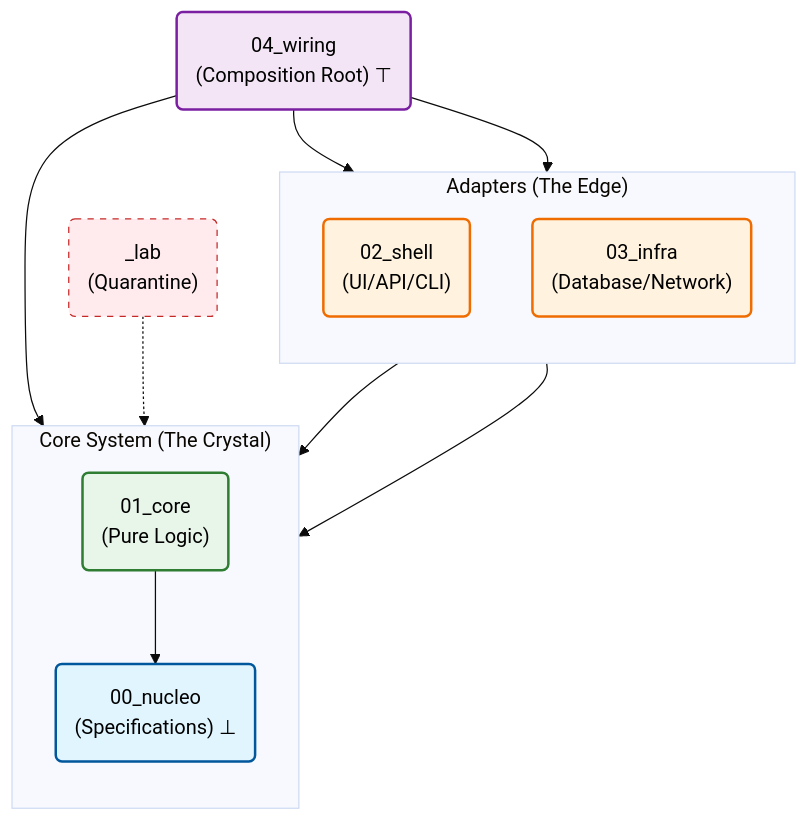
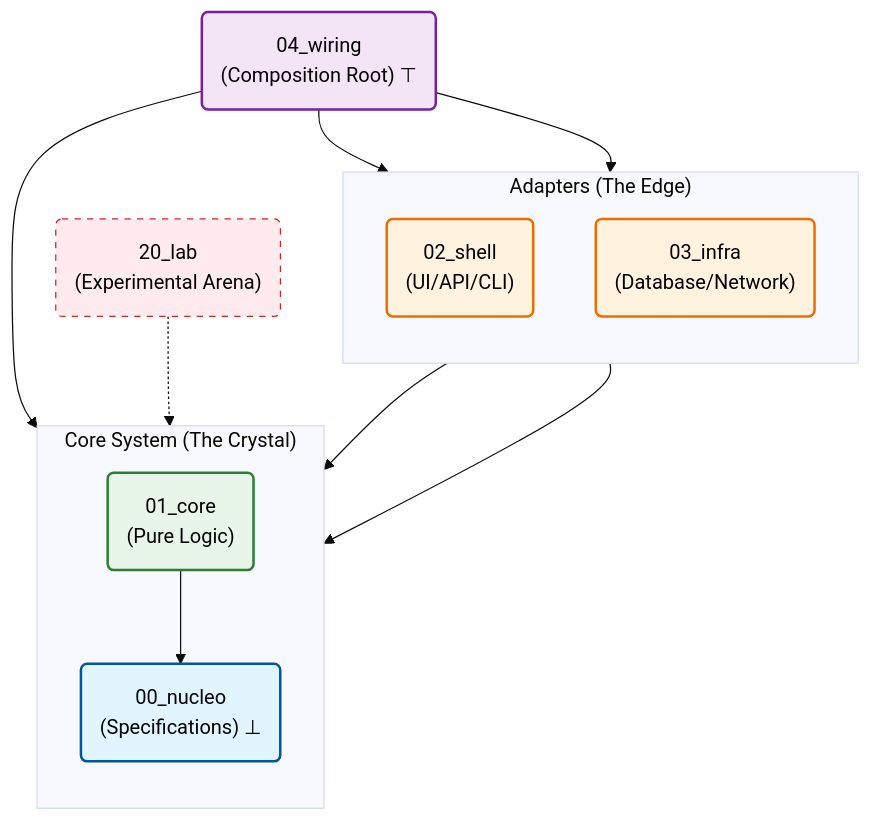
One commit to Dikluwe/Tekt changed the diagram in README.md. Above: the diagram before and after it, drawn with Mermaid (base theme). The commit also changed other lines of this file and 26 other files, not shown here.

````diff
--- a/README.md
+++ b/README.md
@@ -161,39 +159,40 @@
 ```mermaid
 graph TD
     subgraph Crystal ["Core System (The Crystal)"]
         direction TB
         N("00_nucleo<br>(Specifications) ⊥")
         C("01_core<br>(Pure Logic)")
     end
 
     subgraph Adapters ["Adapters (The Edge)"]
         direction TB
         S("02_shell<br>(UI/API/CLI)")
         I("03_infra<br>(Database/Network)")
     end
 
     W("04_wiring<br>(Composition Root) ⊤")
-    L("_lab<br>(Quarantine)")
+    L("20_lab<br>(Experimental Arena)")
+
 
     %% Dependencies (arrows point toward what is depended upon)
     C --> N
     S --> C
     I --> C
     W --> S
     W --> I
     W --> C
     L -.-> N
     
     %% Styles
     classDef nucleus fill:#e1f5fe,stroke:#01579b,stroke-width:2px,color:black;
     classDef core fill:#e8f5e9,stroke:#2e7d32,stroke-width:2px,color:black;
     classDef adapters fill:#fff3e0,stroke:#ef6c00,stroke-width:2px,color:black;
     classDef wiring fill:#f3e5f5,stroke:#7b1fa2,stroke-width:2px,color:black;
     classDef lab fill:#ffebee,stroke:#c62828,stroke-dasharray: 5 5,color:black;
 
     class N nucleus;
     class C core;
     class S,I adapters;
     class W wiring;
     class L lab;
 ```
````
